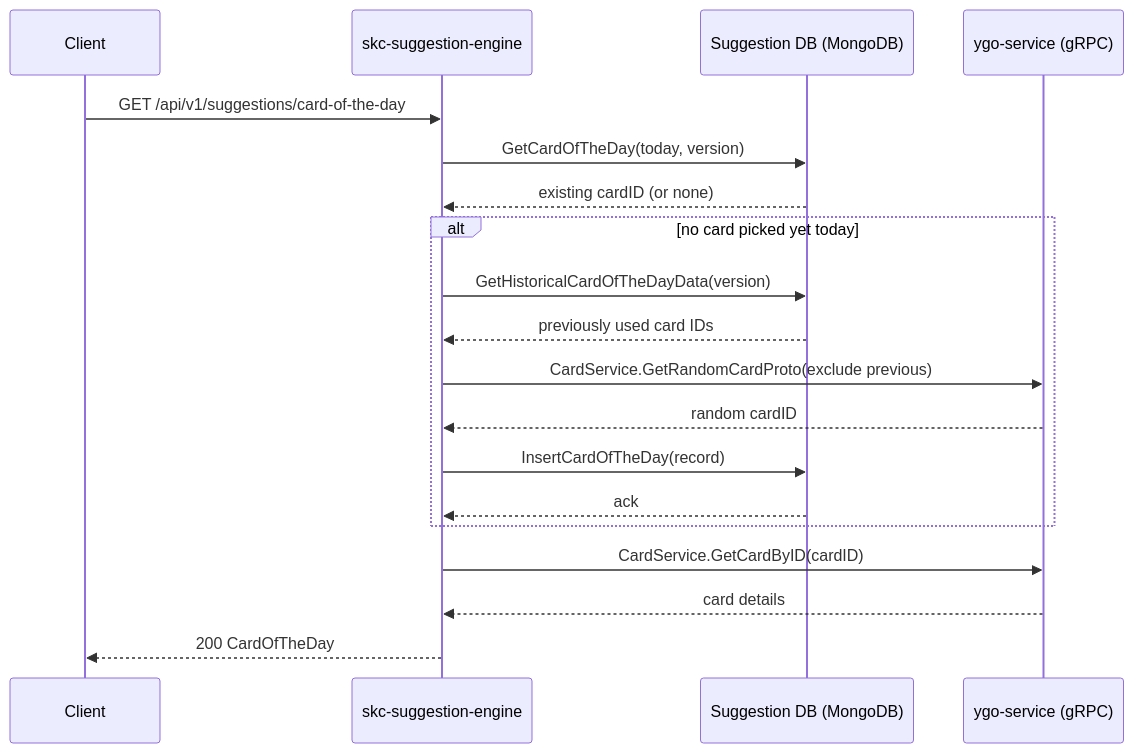
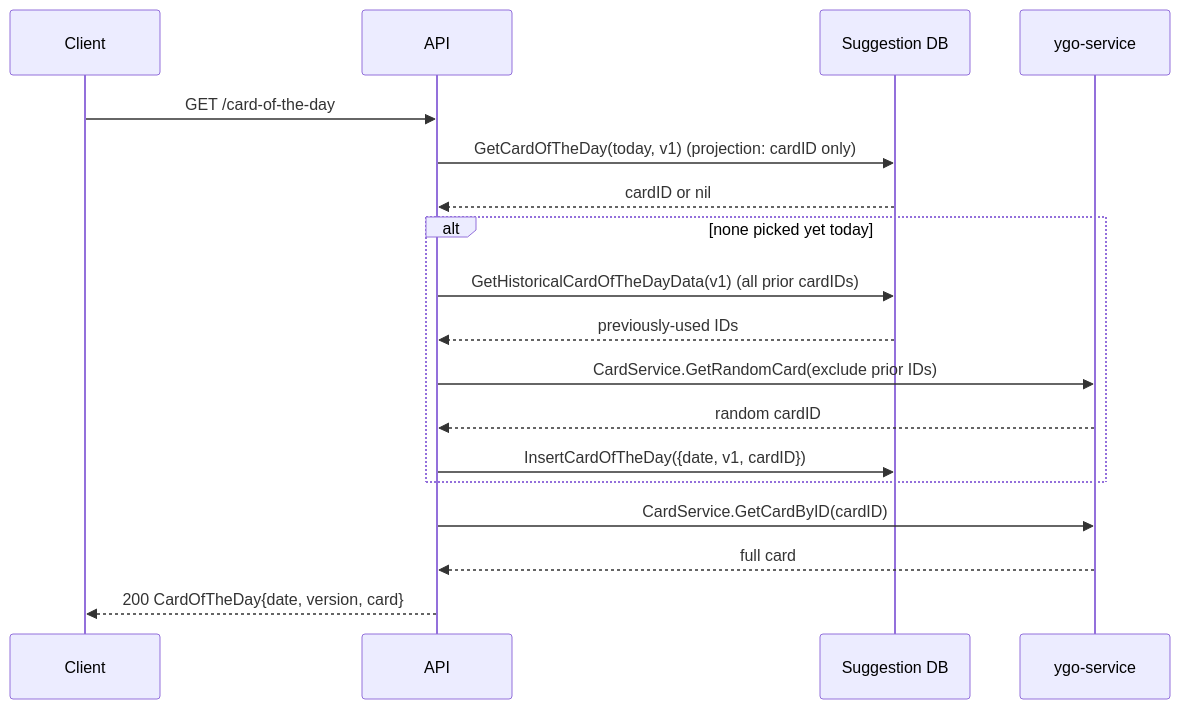
Before and after one commit to ygo-skc/skc-suggestion-engine: the third of 14 diagrams in SYSTEM_DESIGN.md, drawn with Mermaid. The commit also changed other lines of this file, not shown here.

````diff
--- a/SYSTEM_DESIGN.md
+++ b/SYSTEM_DESIGN.md
@@ -45,22 +212,21 @@
 ```mermaid
 sequenceDiagram
     participant Client
-    participant API as skc-suggestion-engine
-    participant DB as Suggestion DB (MongoDB)
-    participant YGO as ygo-service (gRPC)
+    participant API
+    participant DB as Suggestion DB
+    participant YGO as ygo-service
 
-    Client->>API: GET /api/v1/suggestions/card-of-the-day
-    API->>DB: GetCardOfTheDay(today, version)
-    DB-->>API: existing cardID (or none)
-    alt no card picked yet today
-        API->>DB: GetHistoricalCardOfTheDayData(version)
-        DB-->>API: previously used card IDs
-        API->>YGO: CardService.GetRandomCardProto(exclude previous)
+    Client->>API: GET /card-of-the-day
+    API->>DB: GetCardOfTheDay(today, v1)   (projection: cardID only)
+    DB-->>API: cardID or nil
+    alt none picked yet today
+        API->>DB: GetHistoricalCardOfTheDayData(v1)  (all prior cardIDs)
+        DB-->>API: previously-used IDs
+        API->>YGO: CardService.GetRandomCard(exclude prior IDs)
         YGO-->>API: random cardID
-        API->>DB: InsertCardOfTheDay(record)
-        DB-->>API: ack
+        API->>DB: InsertCardOfTheDay({date, v1, cardID})
     end
     API->>YGO: CardService.GetCardByID(cardID)
-    YGO-->>API: card details
-    API-->>Client: 200 CardOfTheDay
+    YGO-->>API: full card
+    API-->>Client: 200 CardOfTheDay{date, version, card}
 ```
````
